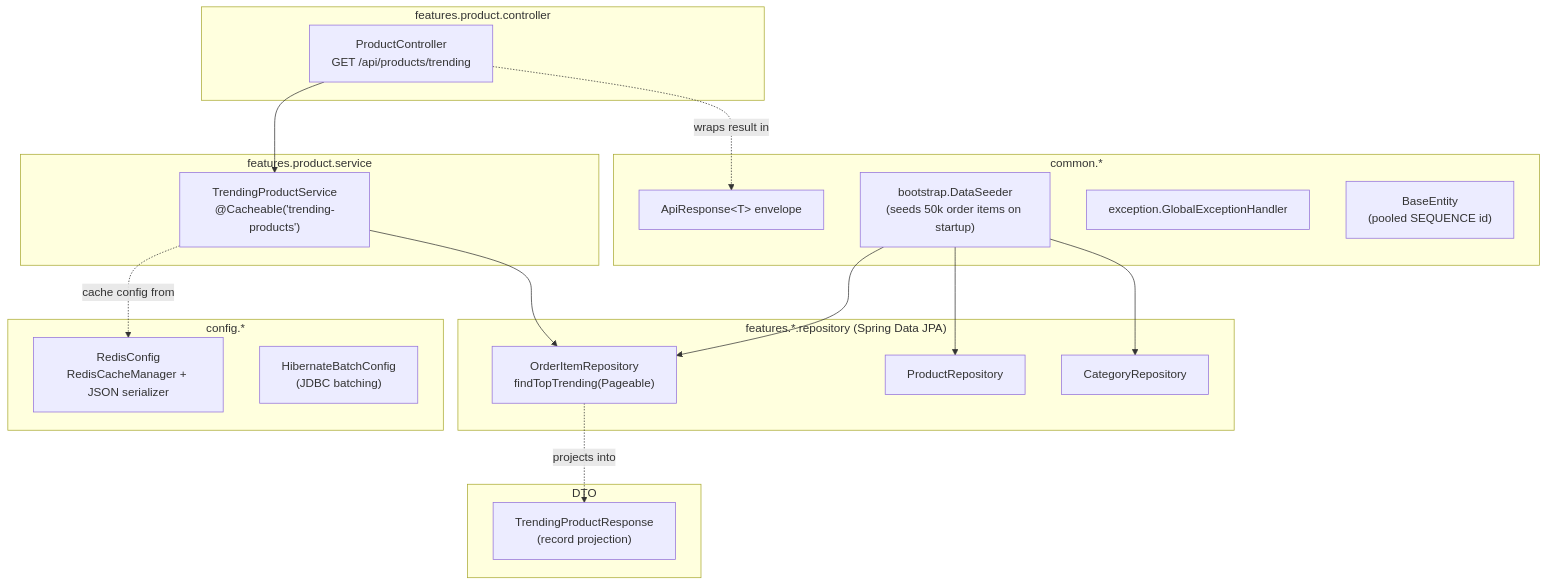
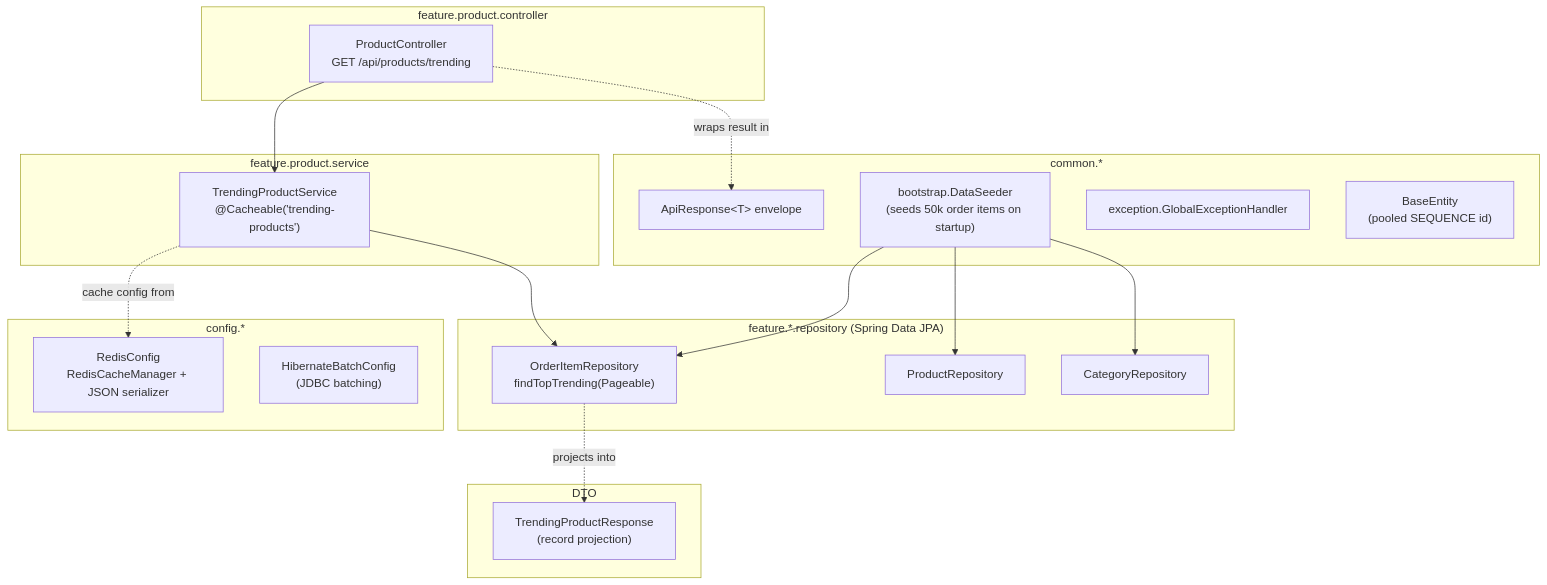
One commit to tma1863/Demo_Redis changed the second of 6 diagrams in README.md. Above: the diagram before and after it, drawn with Mermaid. The commit also changed other lines of this file and 2 other files, not shown here.

Commit message:
Enhance documentation for Redis caching architecture and load testing setup

````diff
--- a/README.md
+++ b/README.md
@@ -61,39 +68,39 @@
 ```mermaid
 flowchart TD
-    subgraph web["features.product.controller"]
+    subgraph web["feature.product.controller"]
         PC["ProductController<br/>GET /api/products/trending"]
     end
 
-    subgraph service["features.product.service"]
+    subgraph service["feature.product.service"]
         TPS["TrendingProductService<br/>@Cacheable('trending-products')"]
     end
 
-    subgraph data["features.*.repository (Spring Data JPA)"]
+    subgraph data["feature.*.repository (Spring Data JPA)"]
         OIR["OrderItemRepository<br/>findTopTrending(Pageable)"]
         PR["ProductRepository"]
         CR["CategoryRepository"]
     end
 
     subgraph dto["DTO"]
         TPR["TrendingProductResponse<br/>(record projection)"]
     end
 
     subgraph common["common.*"]
         API["ApiResponse&lt;T&gt; envelope"]
         SEED["bootstrap.DataSeeder<br/>(seeds 50k order items on startup)"]
         GEH["exception.GlobalExceptionHandler"]
         BE["BaseEntity<br/>(pooled SEQUENCE id)"]
     end
 
     subgraph cfg["config.*"]
         RC["RedisConfig<br/>RedisCacheManager + JSON serializer"]
         BATCH["HibernateBatchConfig<br/>(JDBC batching)"]
     end
 
     PC --> TPS
     PC -. wraps result in .-> API
     TPS --> OIR
     OIR -. projects into .-> TPR
     TPS -. cache config from .-> RC
     SEED --> PR & CR & OIR
 ```
````
